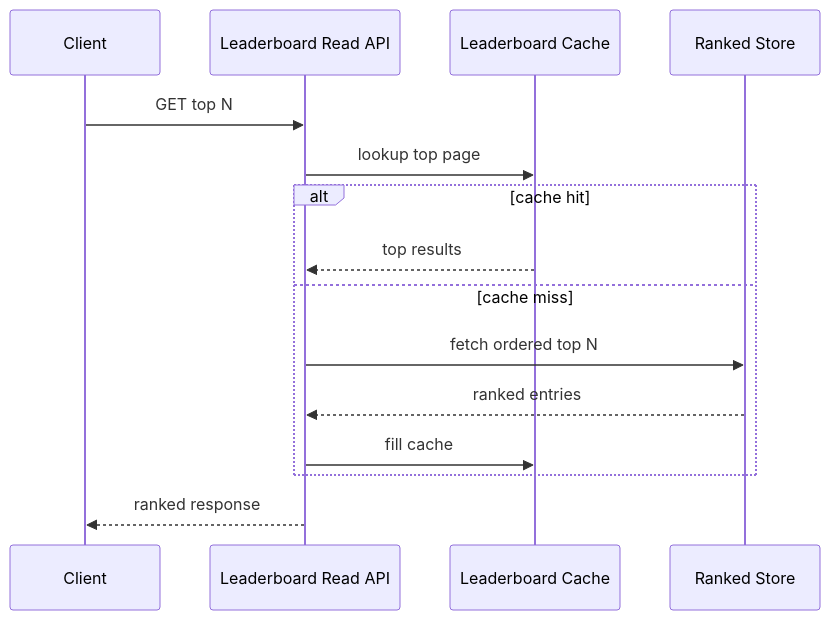
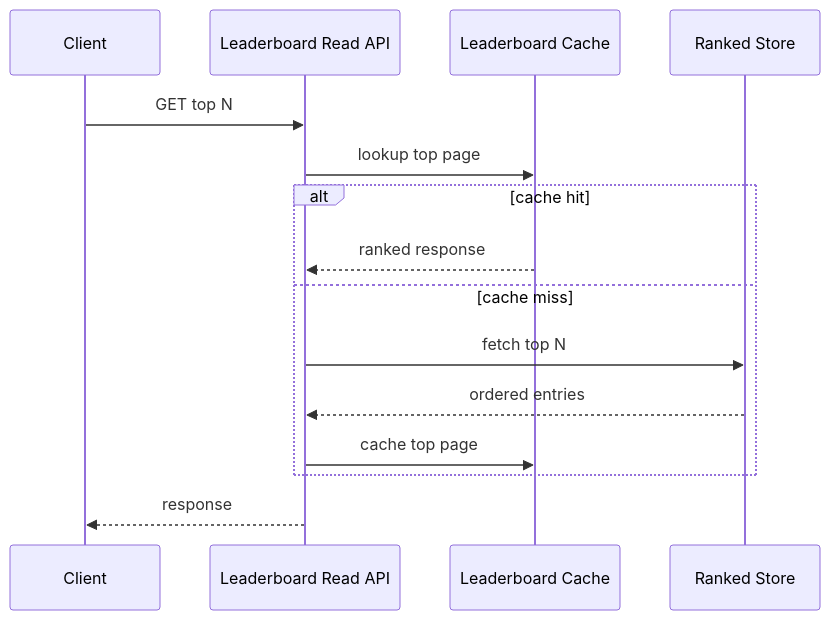
One commit to hitman-abhi/system-design-guide changed the fifth of 13 diagrams in Case-Studies/leaderboard-system/leaderboardSystem.md. Above: the diagram before and after it, drawn with Mermaid. The commit also changed other lines of this file and 11 other files, not shown here.

````diff
--- a/Case-Studies/leaderboard-system/leaderboardSystem.md
+++ b/Case-Studies/leaderboard-system/leaderboardSystem.md
@@ -439,18 +478,18 @@
 ```mermaid
 sequenceDiagram
     participant C as Client
     participant READ as Leaderboard Read API
     participant CACHE as Leaderboard Cache
     participant RANK as Ranked Store
 
     C->>READ: GET top N
     READ->>CACHE: lookup top page
     alt cache hit
-        CACHE-->>READ: top results
+        CACHE-->>READ: ranked response
     else cache miss
-        READ->>RANK: fetch ordered top N
-        RANK-->>READ: ranked entries
-        READ->>CACHE: fill cache
+        READ->>RANK: fetch top N
+        RANK-->>READ: ordered entries
+        READ->>CACHE: cache top page
     end
-    READ-->>C: ranked response
+    READ-->>C: response
 ```
````
